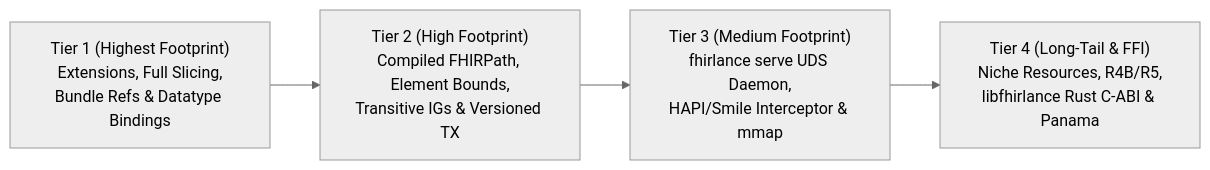
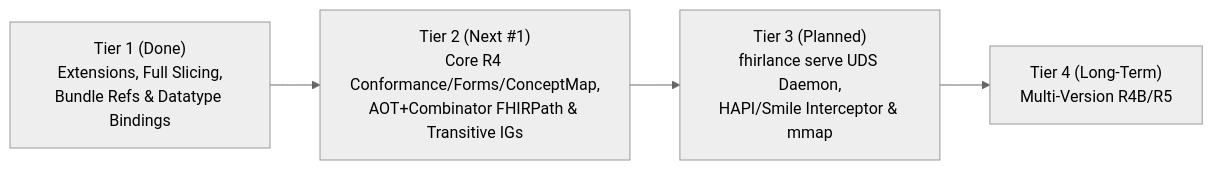
Before and after one commit to damsonaldson/FHIRlance: the diagram in docs/roadmap.md, drawn with Mermaid (neutral theme). The commit also changed other lines of this file and 6 other files, not shown here.

First line of the commit message:
docs: clean up doc drift, remove stale canadian.py refs, and split usage/architecture (#25)

````diff
--- a/docs/roadmap.md
+++ b/docs/roadmap.md
@@ -7,6 +8,6 @@
 ```mermaid
 flowchart LR
-    T1["Tier 1 (Highest Footprint)<br/>Extensions, Full Slicing,<br/>Bundle Refs & Datatype Bindings"] --> T2["Tier 2 (High Footprint)<br/>Compiled FHIRPath, Element Bounds,<br/>Transitive IGs & Versioned TX"]
-    T2 --> T3["Tier 3 (Medium Footprint)<br/>fhirlance serve UDS Daemon,<br/>HAPI/Smile Interceptor & mmap"]
-    T3 --> T4["Tier 4 (Long-Tail & FFI)<br/>Niche Resources, R4B/R5,<br/>libfhirlance Rust C-ABI & Panama"]
+    T1["Tier 1 (Done)<br/>Extensions, Full Slicing,<br/>Bundle Refs & Datatype Bindings"] --> T2["Tier 2 (Next #1)<br/>Core R4 Conformance/Forms/ConceptMap,<br/>AOT+Combinator FHIRPath & Transitive IGs"]
+    T2 --> T3["Tier 3 (Planned)<br/>fhirlance serve UDS Daemon,<br/>HAPI/Smile Interceptor & mmap"]
+    T3 --> T4["Tier 4 (Long-Term)<br/>Multi-Version R4B/R5"]
 ```
````
